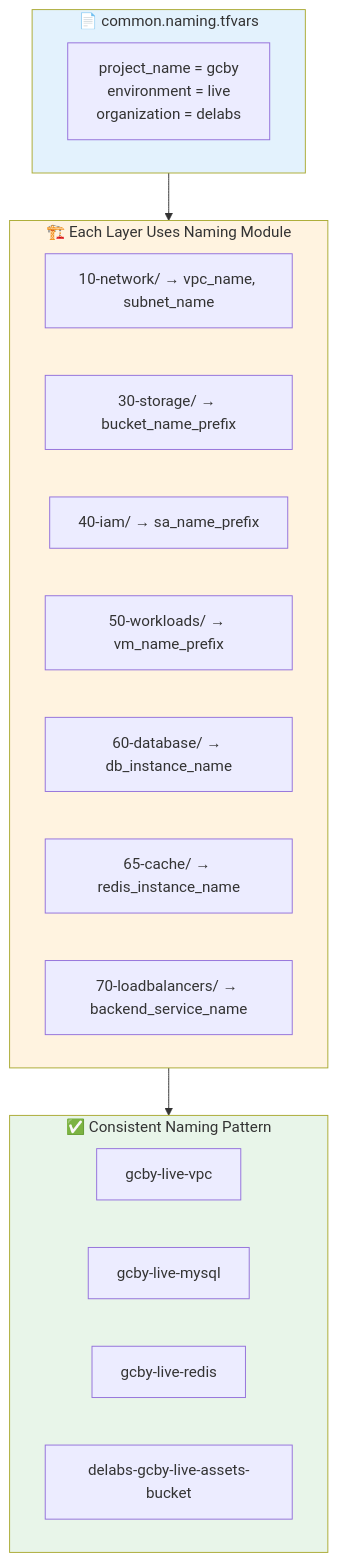
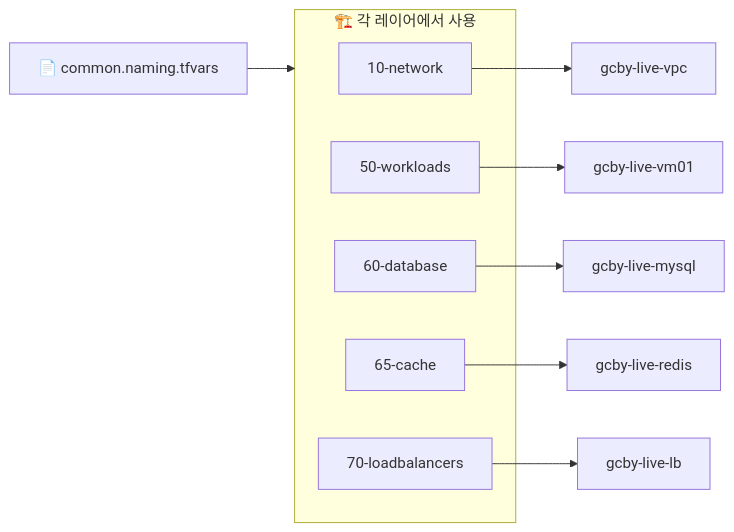
Before and after one commit to JSJ2337/GCP_terraform_code: the second of 2 diagrams in terraform_gcp_infra/docs/modules/naming.md, drawn with Mermaid. The commit also changed other lines of this file and 2 other files, not shown here.

First line of the commit message:
docs: Mermaid 다이어그램 가독성 개선

````diff
--- a/terraform_gcp_infra/docs/modules/naming.md
+++ b/terraform_gcp_infra/docs/modules/naming.md
@@ -53,30 +37,20 @@
 ```mermaid
-%%{init: {'theme': 'default'}}%%
-flowchart TB
-    subgraph CONFIG["📄 common.naming.tfvars"]
-        CFG["project_name = gcby<br/>environment = live<br/>organization = delabs"]
+flowchart LR
+    CFG["📄 common.naming.tfvars"]
+
+    subgraph LAYERS["🏗️ 각 레이어에서 사용"]
+        L1["10-network"]
+        L2["50-workloads"]
+        L3["60-database"]
+        L4["65-cache"]
+        L5["70-loadbalancers"]
     end
 
-    subgraph LAYERS["🏗️ Each Layer Uses Naming Module"]
-        L10["10-network/ → vpc_name, subnet_name"]
-        L30["30-storage/ → bucket_name_prefix"]
-        L40["40-iam/ → sa_name_prefix"]
-        L50["50-workloads/ → vm_name_prefix"]
-        L60["60-database/ → db_instance_name"]
-        L65["65-cache/ → redis_instance_name"]
-        L70["70-loadbalancers/ → backend_service_name"]
-    end
+    CFG --> LAYERS
 
-    subgraph RESULT["✅ Consistent Naming Pattern"]
-        R1["gcby-live-vpc"]
-        R2["gcby-live-mysql"]
-        R3["gcby-live-redis"]
-        R4["delabs-gcby-live-assets-bucket"]
-    end
-
-    CONFIG --> LAYERS --> RESULT
-
-    style CONFIG fill:#e3f2fd
-    style LAYERS fill:#fff3e0
-    style RESULT fill:#e8f5e9
+    L1 --> R1["gcby-live-vpc"]
+    L2 --> R2["gcby-live-vm01"]
+    L3 --> R3["gcby-live-mysql"]
+    L4 --> R4["gcby-live-redis"]
+    L5 --> R5["gcby-live-lb"]
 ```
````
